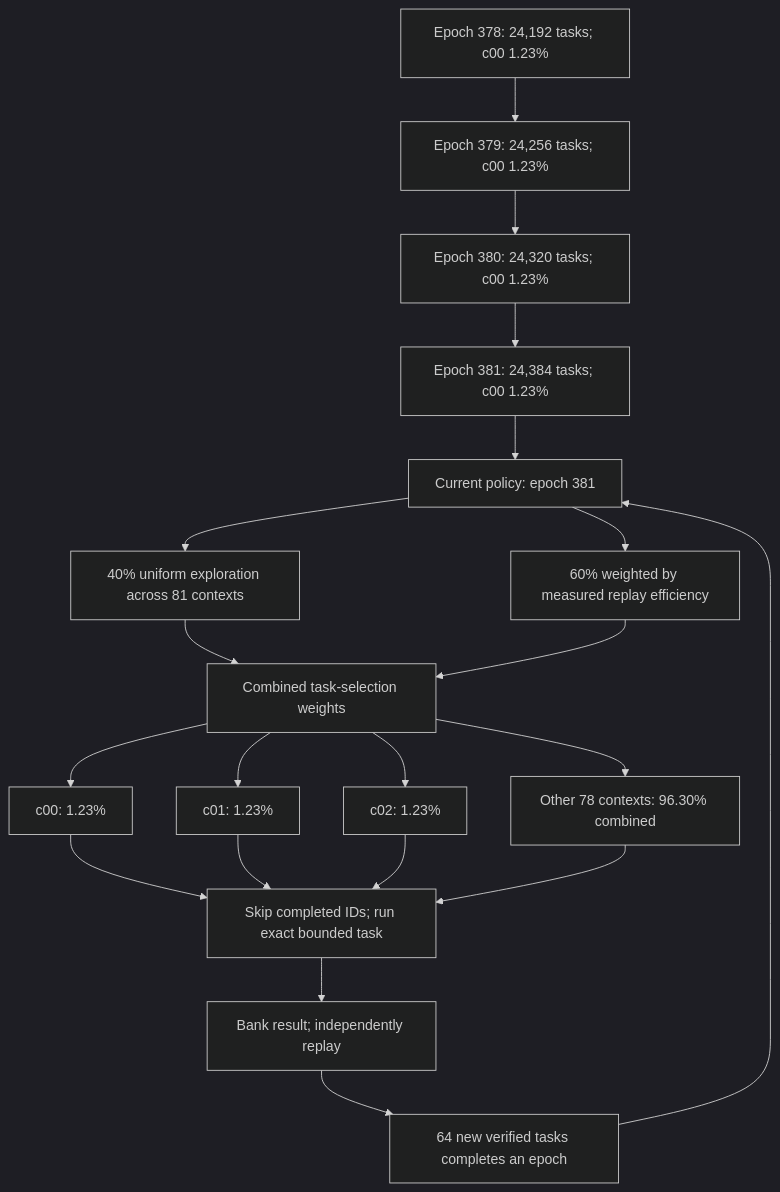
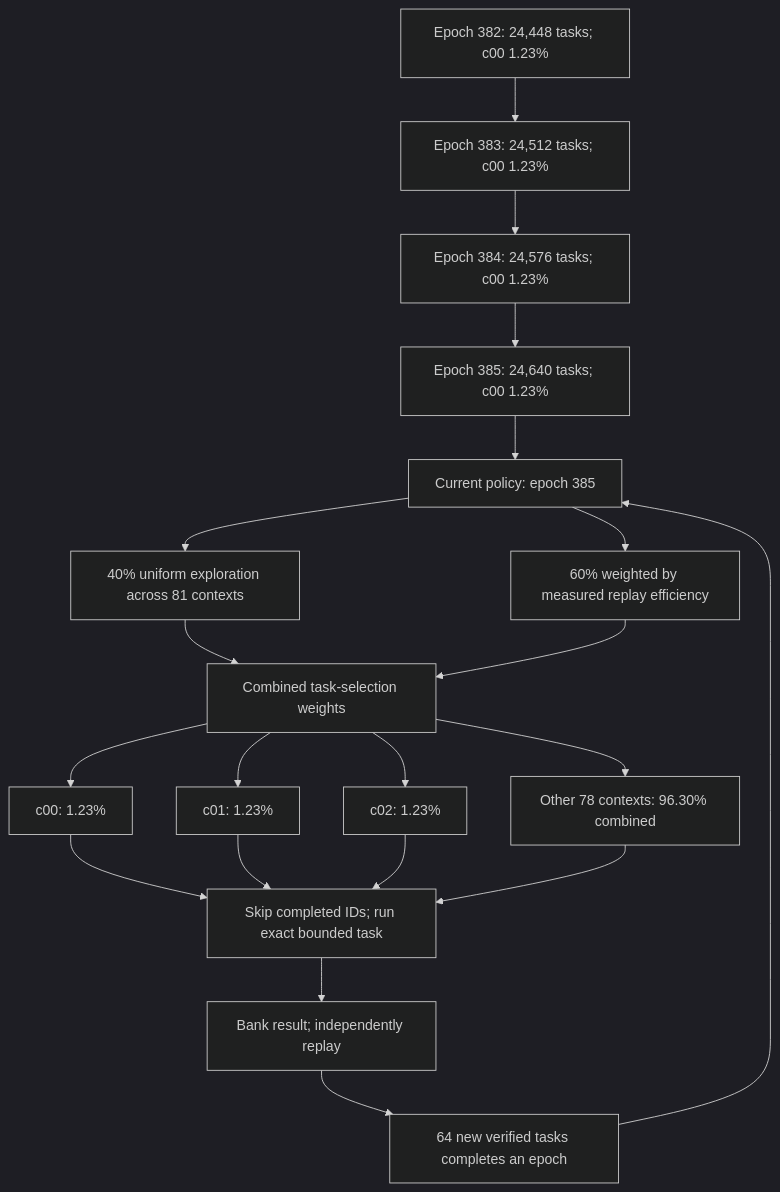
The first of 2 diagrams in README.md (Kuberwastaken/math-gambling), drawn with Mermaid (dark theme) before and after one commit. The commit also changed other lines of this file and 603 other files, not shown here.

````diff
--- a/README.md
+++ b/README.md
@@ -49,27 +49,27 @@
 ```mermaid
 flowchart TD
-    H0["Epoch 378: 24,192 tasks; c00 1.23%"]
-    H1["Epoch 379: 24,256 tasks; c00 1.23%"]
+    H0["Epoch 382: 24,448 tasks; c00 1.23%"]
+    H1["Epoch 383: 24,512 tasks; c00 1.23%"]
     H0 --> H1
-    H2["Epoch 380: 24,320 tasks; c00 1.23%"]
+    H2["Epoch 384: 24,576 tasks; c00 1.23%"]
     H1 --> H2
-    H3["Epoch 381: 24,384 tasks; c00 1.23%"]
+    H3["Epoch 385: 24,640 tasks; c00 1.23%"]
     H2 --> H3
-    Policy["Current policy: epoch 381"]
+    Policy["Current policy: epoch 385"]
     H3 --> Policy
     Policy --> Explore["40% uniform exploration across 81 contexts"]
     Policy --> Cost["60% weighted by measured replay efficiency"]
     Explore --> Mix["Combined task-selection weights"]
     Cost --> Mix
     Mix --> C0["c00: 1.23%"]
     Mix --> C1["c01: 1.23%"]
     Mix --> C2["c02: 1.23%"]
     Mix --> Rest["Other 78 contexts: 96.30% combined"]
     C0 --> Check["Skip completed IDs; run exact bounded task"]
     C1 --> Check
     C2 --> Check
     Rest --> Check
     Check --> Replay["Bank result; independently replay"]
     Replay --> Gate["64 new verified tasks completes an epoch"]
     Gate --> Policy
 ```
````
